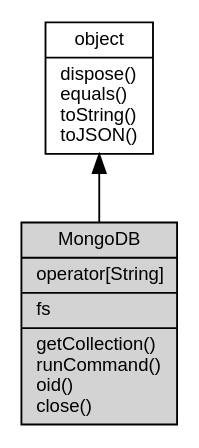
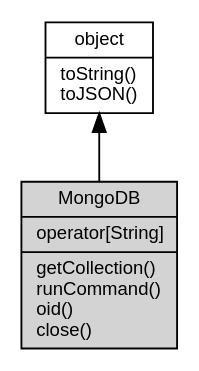
Before and after one commit to asionius/fibjs-ceph: the diagram in docs/object/ifs/MongoDB.md, drawn with Graphviz. The commit also changed other lines of this file and 138 other files, not shown here.

````diff
--- a/docs/object/ifs/MongoDB.md
+++ b/docs/object/ifs/MongoDB.md
@@ -11,10 +11,10 @@
 ```dot
 digraph {
     node [fontname="Helvetica,sans-Serif", fontsize=10, shape="record", style="filled", fillcolor="white"];
 
-    object [tooltip="object", URL="object.md", label="{object|dispose()\lequals()\ltoString()\ltoJSON()\l}"];
-    MongoDB [tooltip="MongoDB", fillcolor="lightgray", label="{MongoDB|operator[String]\l|fs\l|getCollection()\lrunCommand()\loid()\lclose()\l}"];
+    object [tooltip="object", URL="object.md", label="{object|toString()\ltoJSON()\l}"];
+    MongoDB [tooltip="MongoDB", fillcolor="lightgray", id="me", label="{MongoDB|operator[String]\l|getCollection()\lrunCommand()\loid()\lclose()\l}"];
 
     object -> MongoDB [dir=back];
 }
 ```
````
